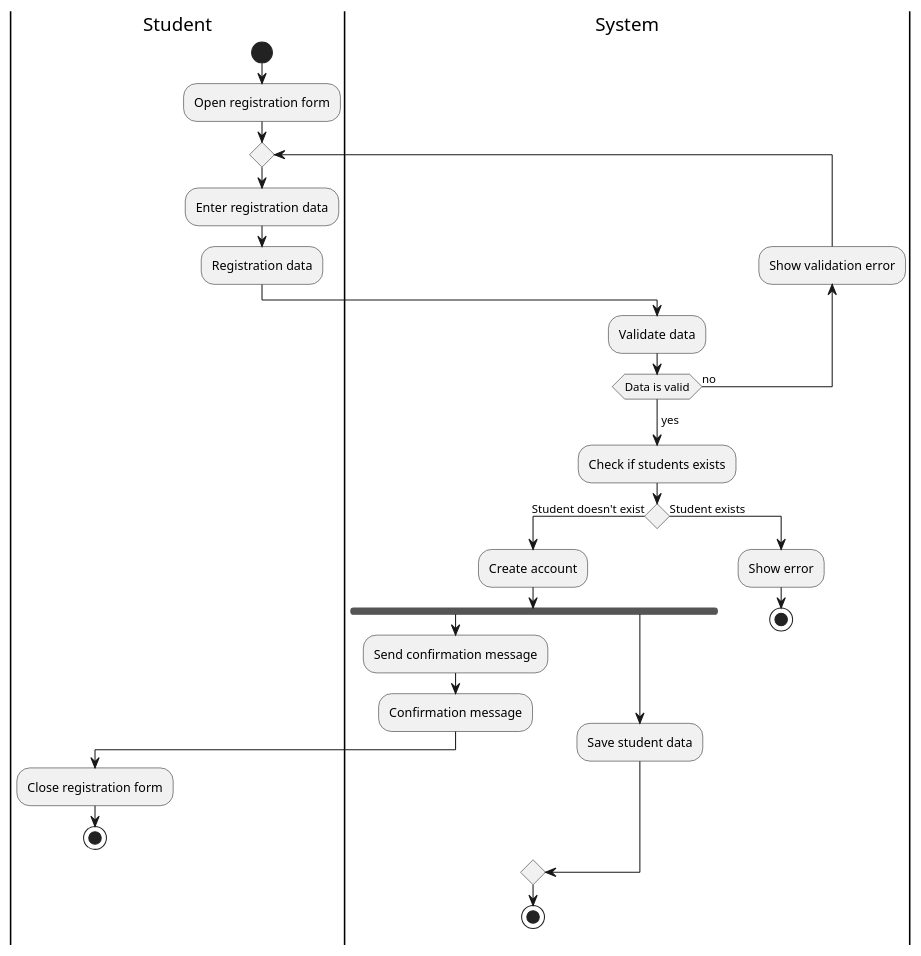
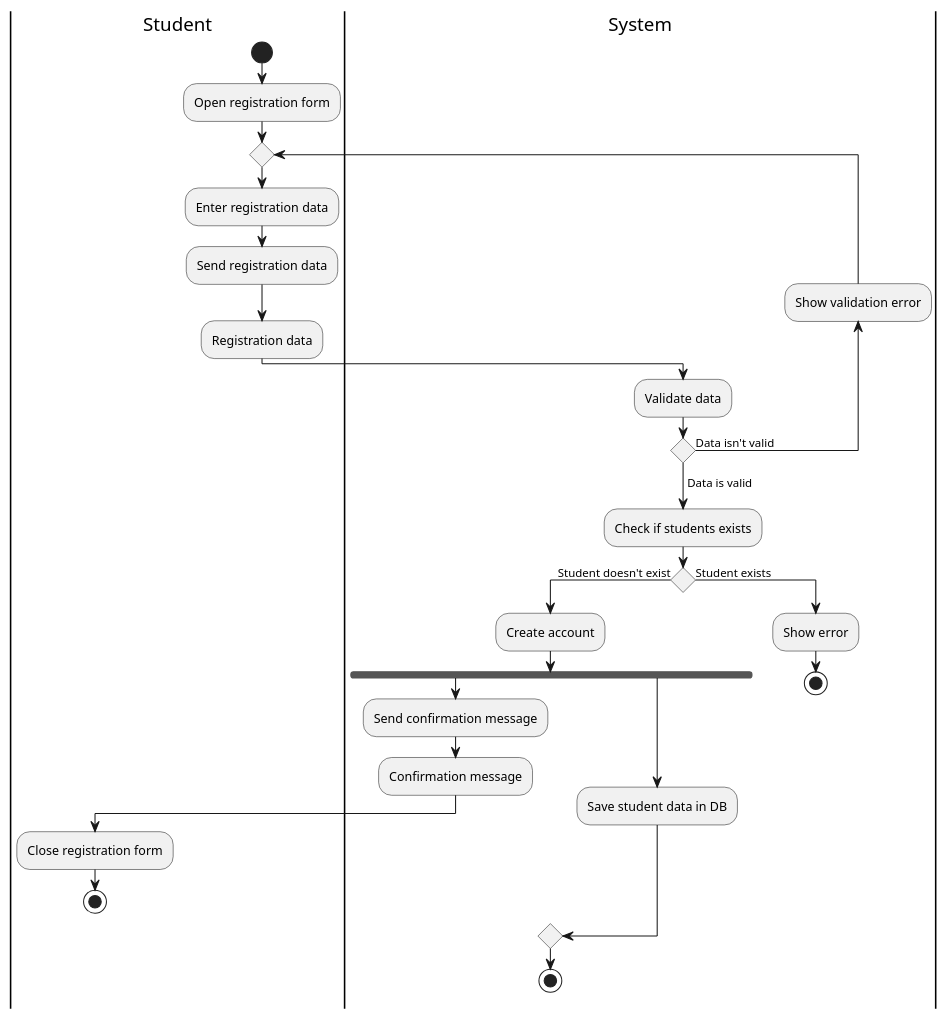
The diagram in Lab 4/PlantUML/Activity diagram.puml (KyryloBB/Software-engineering-components), drawn with PlantUML before and after one commit. The commit also changed 1 other file, not shown here.

Commit message:
edited activity diagram plantuml

```diff
--- a/Lab 4/PlantUML/Activity diagram.puml
+++ b/Lab 4/PlantUML/Activity diagram.puml
@@ -1,35 +1,36 @@
 @startuml
 
 |Student|
 start
 :Open registration form;
 
 repeat 
     :Enter registration data;
+    :Send registration data;
     :Registration data;
     |System|
     :Validate data;
 backward:Show validation error;
-repeat while (Data is valid) is (no)
-->yes;
+repeat while () is (Data isn't valid)
+->Data is valid;
 
 :Check if students exists;
 
 if () then (Student doesn't exist)
     :Create account;
         fork
             :Send confirmation message;
             :Confirmation message;
             |Student|
             :Close registration form;
             stop
         fork again
             |System|
-            :Save student data;
+            :Save student data in DB;
         end merge
         stop
 else (Student exists)
 :Show error;
 stop
 
 @enduml
```
